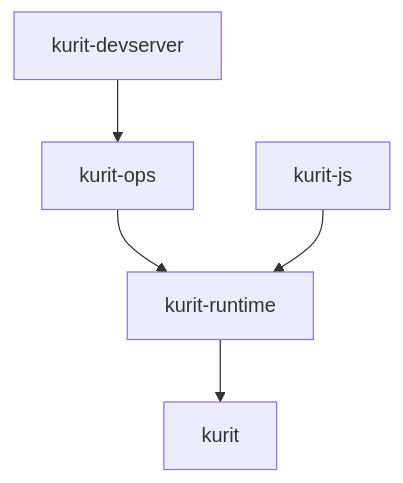
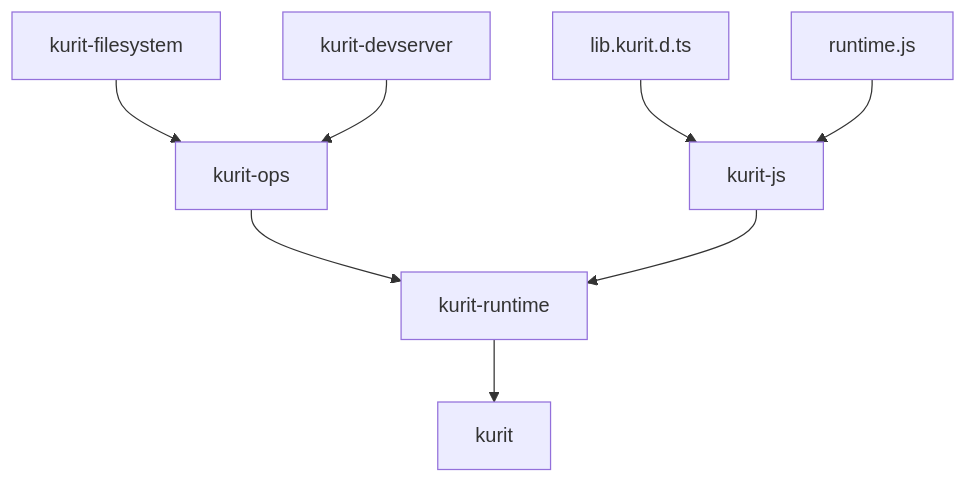
Before and after one commit to AkiaCode/kurit: the diagram in README.md, drawn with Mermaid.

Commit message:
mod: project structures

````diff
--- a/README.md
+++ b/README.md
@@ -11,7 +11,10 @@
 ```mermaid
 graph TD;
   kurit-runtime-->kurit;
   kurit-ops-->kurit-runtime;
   kurit-js-->kurit-runtime;
+  lib.kurit.d.ts-->kurit-js;
+  runtime.js-->kurit-js;
+  kurit-filesystem-->kurit-ops;
   kurit-devserver-->kurit-ops;
 ```
````
